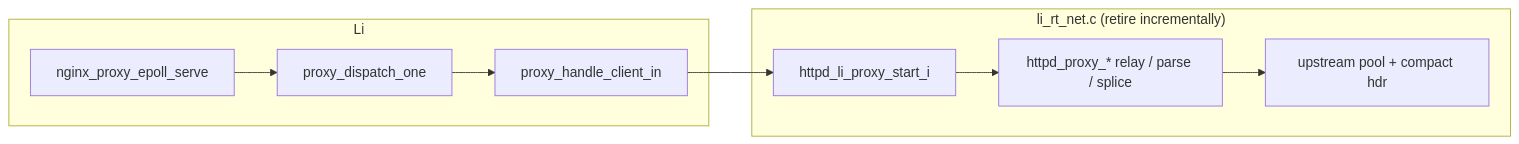
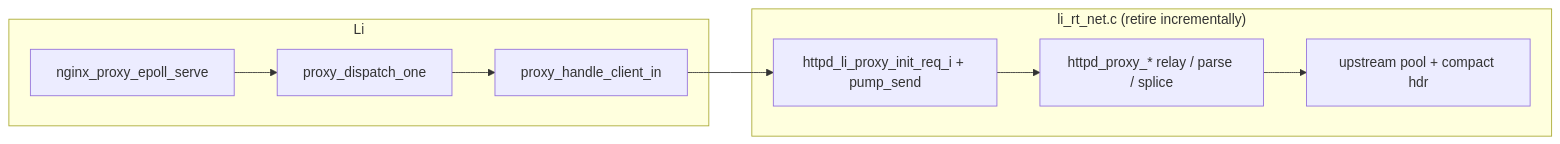
Before and after one commit to li-langverse/lic: the diagram in packages/li-net-httpd/docs/proxy-nginx-li-migration.md, drawn with Mermaid. The commit also changed other lines of this file and 6 other files, not shown here.

First line of the commit message:
feat(httpd): default Li proxy loop, remove C async fallback

````diff
--- a/packages/li-net-httpd/docs/proxy-nginx-li-migration.md
+++ b/packages/li-net-httpd/docs/proxy-nginx-li-migration.md
@@ -17,18 +17,18 @@
 ```mermaid
 flowchart LR
   subgraph Li
     A[nginx_proxy_epoll_serve]
     B[proxy_dispatch_one]
     C[proxy_handle_client_in]
   end
   subgraph C_runtime["li_rt_net.c (retire incrementally)"]
-    D[httpd_li_proxy_start_i]
+    D[httpd_li_proxy_init_req_i + pump_send]
     E[httpd_proxy_* relay / parse / splice]
     F[upstream pool + compact hdr]
   end
   A --> B
   B --> C
   C --> D
   D --> E
   E --> F
 ```
````
